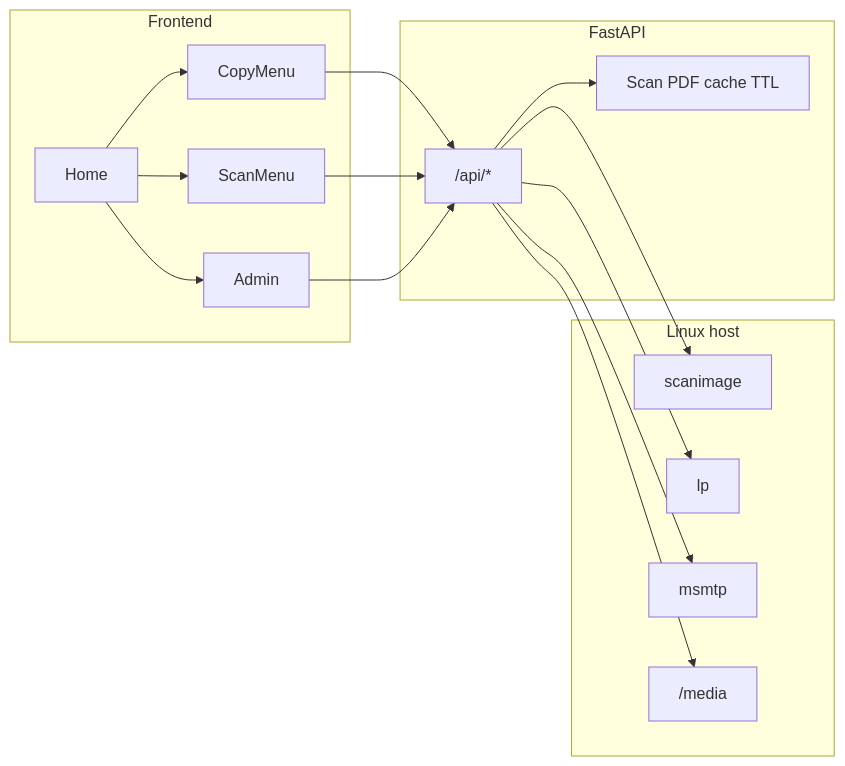
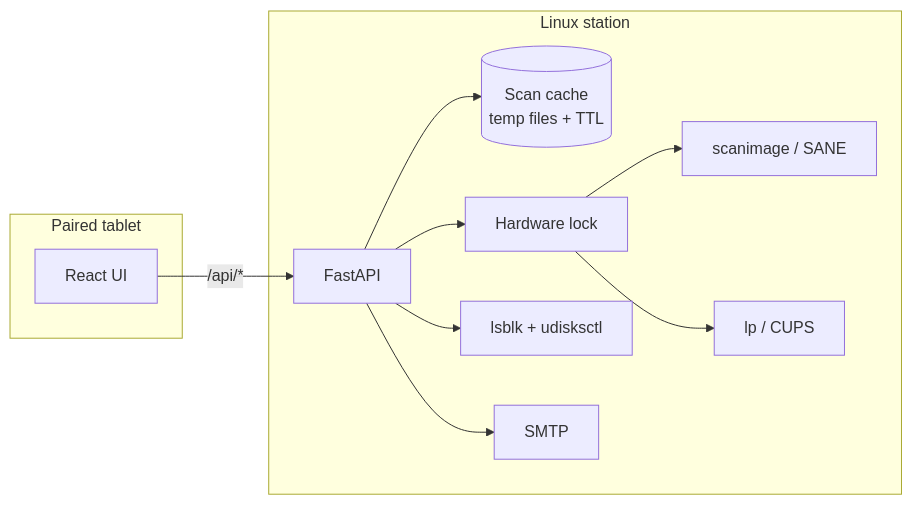
Before and after one commit to emirhand/kopi: the diagram in README.md, drawn with Mermaid. The commit also changed other lines of this file, not shown here.

````diff
--- a/README.md
+++ b/README.md
@@ -13,30 +18,18 @@
 ```mermaid
 flowchart LR
-  subgraph ui [Frontend]
-    Home[Home]
-    Copy[CopyMenu]
-    Scan[ScanMenu]
-    Admin[Admin]
+  subgraph tablet [Paired tablet]
+    UI[React UI]
   end
-  subgraph api [FastAPI]
-    Routes["/api/*"]
-    Store[Scan PDF cache TTL]
+  subgraph station [Linux station]
+    API[FastAPI]
+    Store[(Scan cache<br/>temp files + TTL)]
+    Lock[Hardware lock]
+    API --> Store
+    API --> Lock
+    Lock --> Scanner[scanimage / SANE]
+    Lock --> Printer[lp / CUPS]
+    API --> USB[lsblk + udisksctl]
+    API --> SMTP[SMTP]
   end
-  subgraph host [Linux host]
-    SANE[scanimage]
-    CUPS[lp]
-    MSMTP[msmtp]
-    USB["/media"]
-  end
-  Home --> Copy
-  Home --> Scan
-  Home --> Admin
-  Copy --> Routes
-  Scan --> Routes
-  Admin --> Routes
-  Routes --> Store
-  Routes --> SANE
-  Routes --> CUPS
-  Routes --> MSMTP
-  Routes --> USB
+  UI -->|/api/*| API
 ```
````
